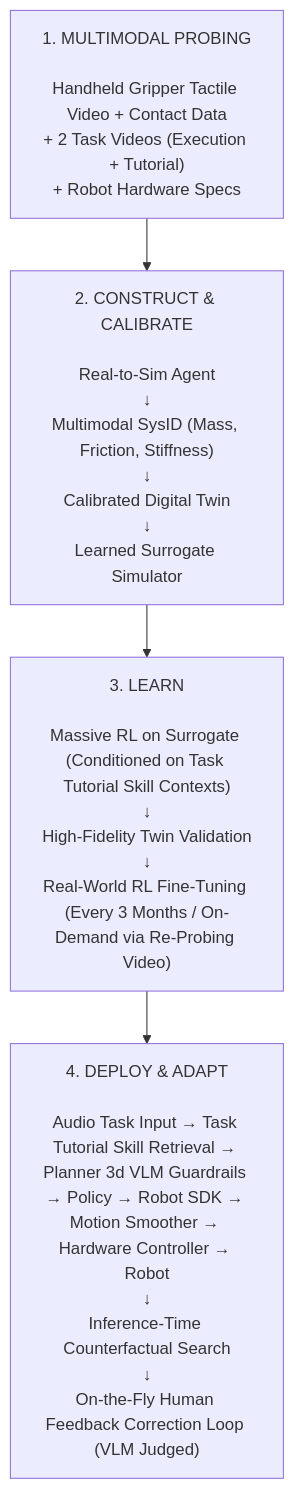
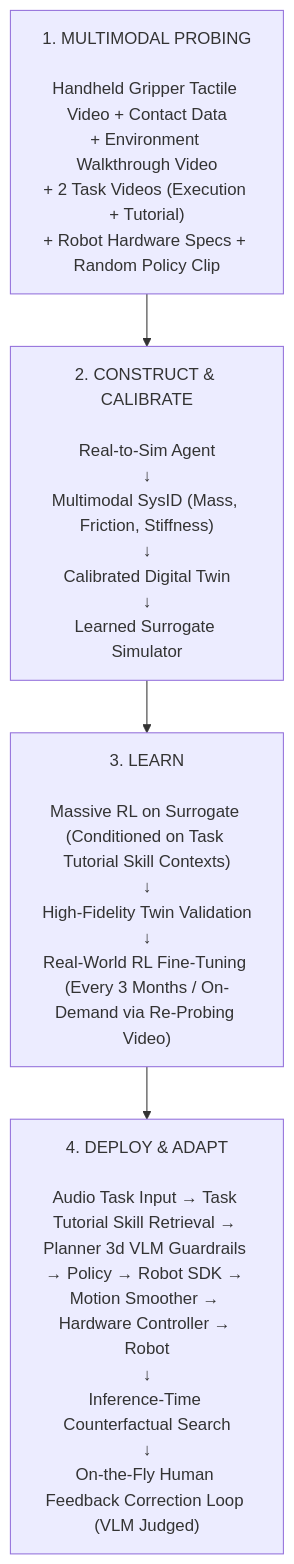
One commit to Freelunch-AI/freelunch-ide changed diagram 11 of 11 in docs/specs/post-demo/lunch_robotics.md. Above: the diagram before and after it, drawn with Mermaid. The commit also changed other lines of this file, not shown here.

First line of the commit message:
Revise robot specifications and data collection protocols

````diff
--- a/docs/specs/post-demo/lunch_robotics.md
+++ b/docs/specs/post-demo/lunch_robotics.md
@@ -510,10 +582,10 @@
 ```mermaid
 flowchart TD
-    A["1. MULTIMODAL PROBING<br/><br/>Handheld Gripper Tactile Video + Contact Data<br/>+ 2 Task Videos (Execution + Tutorial)<br/>+ Robot Hardware Specs"]
+    A["1. MULTIMODAL PROBING<br/><br/>Handheld Gripper Tactile Video + Contact Data<br/>+ Environment Walkthrough Video<br/>+ 2 Task Videos (Execution + Tutorial)<br/>+ Robot Hardware Specs + Random Policy Clip"]
 
     A --> B["2. CONSTRUCT & CALIBRATE<br/><br/>Real-to-Sim Agent<br/>↓<br/>Multimodal SysID (Mass, Friction, Stiffness)<br/>↓<br/>Calibrated Digital Twin<br/>↓<br/>Learned Surrogate Simulator"]
 
     B --> C["3. LEARN<br/><br/>Massive RL on Surrogate (Conditioned on Task Tutorial Skill Contexts)<br/>↓<br/>High-Fidelity Twin Validation<br/>↓<br/>Real-World RL Fine-Tuning (Every 3 Months / On-Demand via Re-Probing Video)"]
 
     C --> D["4. DEPLOY & ADAPT<br/><br/>Audio Task Input → Task Tutorial Skill Retrieval → Planner 3d VLM Guardrails → Policy → Robot SDK → Motion Smoother → Hardware Controller → Robot<br/>↓<br/>Inference-Time Counterfactual Search<br/>↓<br/>On-the-Fly Human Feedback Correction Loop (VLM Judged)"]
 ```
````
